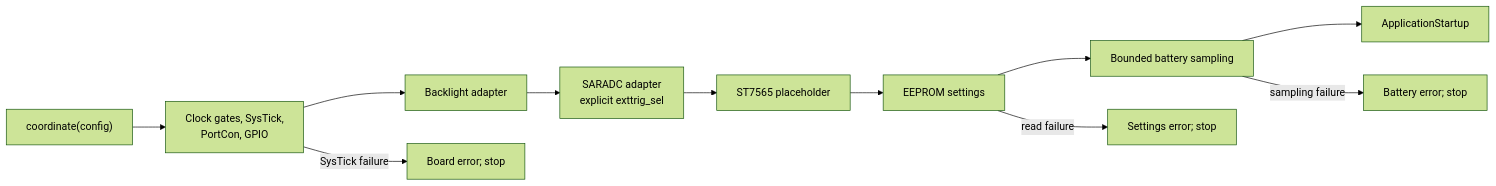
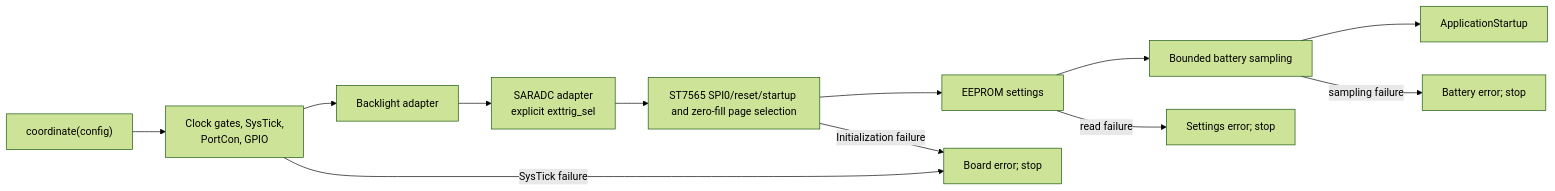
One commit to m0hdy/uv-k5-rust-firmware changed the diagram in docs/boot-coordinator.md. Above: the diagram before and after it, drawn with Mermaid (forest theme). The commit also changed other lines of this file and 12 other files, not shown here.

First line of the commit message:
Run concrete ST7565 initialization in board startup (#306)

````diff
--- a/docs/boot-coordinator.md
+++ b/docs/boot-coordinator.md
@@ -21,13 +25,14 @@
 ```mermaid
 flowchart LR
   Start["coordinate(config)"] --> Board["Clock gates, SysTick,\nPortCon, GPIO"]
   Board --> Light["Backlight adapter"]
   Light --> ADC["SARADC adapter\nexplicit exttrig_sel"]
-  ADC --> Display["ST7565 placeholder"]
+  ADC --> Display["ST7565 SPI0/reset/startup and zero-fill page selection"]
   Display --> Settings["EEPROM settings"]
   Settings --> Battery["Bounded battery sampling"]
   Battery --> Ready["ApplicationStartup"]
   Board -->|SysTick failure| BoardError["Board error; stop"]
+  Display -->|Initialization failure| BoardError
   Settings -->|read failure| SettingsError["Settings error; stop"]
   Battery -->|sampling failure| BatteryError["Battery error; stop"]
 ```
````
